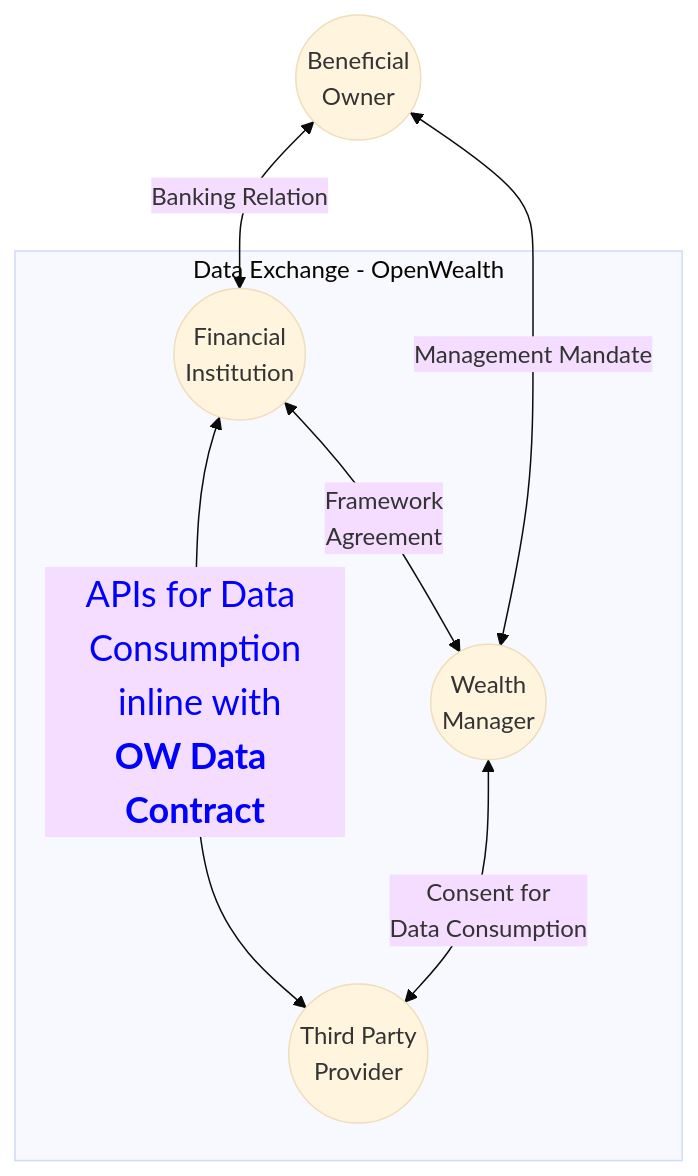
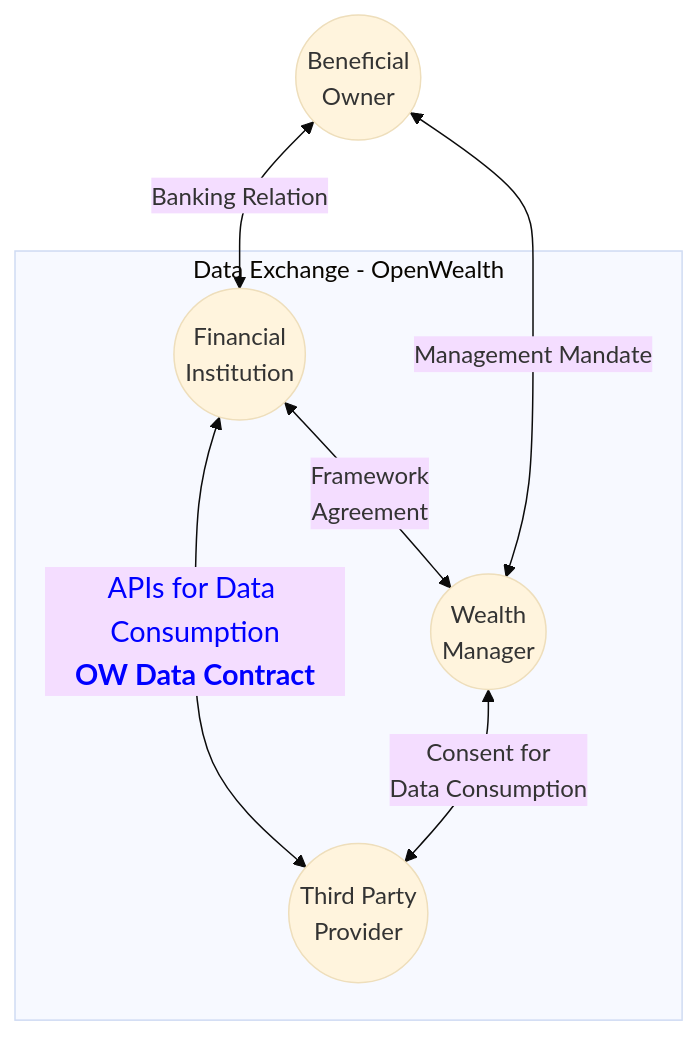
The first of 2 diagrams in README.md (OpenWealth/OpenWealth), drawn with Mermaid (base theme) before and after one commit.

Commit message:
Fix label in diagram

````diff
--- a/README.md
+++ b/README.md
@@ -17,11 +17,11 @@
 ```mermaid
 flowchart TB
     BO((Beneficial<br>Owner)) <-- Banking Relation --> FI((Financial<br>Institution))
     BO <-- Management Mandate --> EAM((Wealth<br>Manager))
     subgraph Data Exchange - OpenWealth
-        FI <-- APIs for Data Consumption<br> inline with<br><b>OW Data Contract</b>--> TPP((Third Party<br>Provider))
+        FI <-- APIs for Data Consumption<br><b>OW Data Contract</b>--> TPP((Third Party<br>Provider))
         FI <-- Framework<br>Agreement --> EAM
         EAM <-- Consent for<br>Data Consumption --> TPP
     end
-    linkStyle 2 color:blue,backgound-color:green,font-size:1.5rem;
+    linkStyle 2 color:blue,backgound-color:green,font-size:1.2rem;
 ```
````
